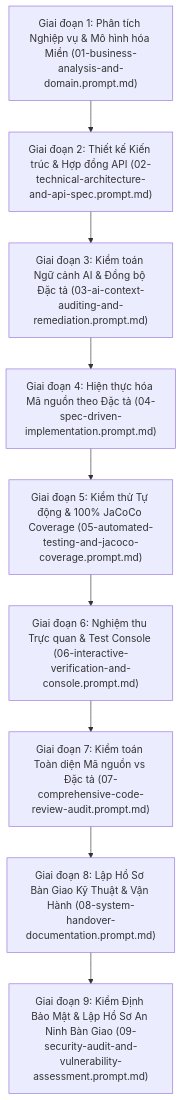
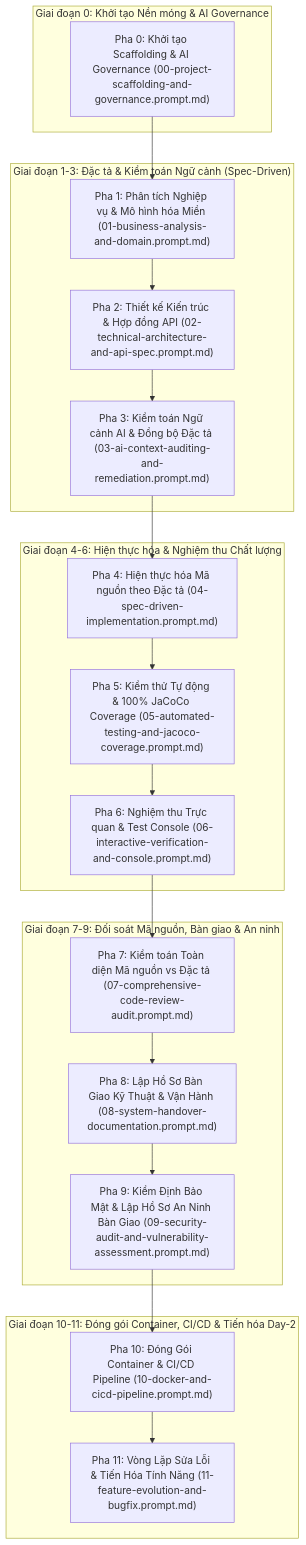
The diagram in docs/prompt/01-sdlc-playbook/00-MASTER-AI-NATIVE-SDLC-PLAYBOOK.md (duongbaphuc/ai-native-oms-api), drawn with Mermaid before and after one commit. The commit also changed other lines of this file and 4 other files, not shown here.

````diff
--- a/docs/prompt/01-sdlc-playbook/00-MASTER-AI-NATIVE-SDLC-PLAYBOOK.md
+++ b/docs/prompt/01-sdlc-playbook/00-MASTER-AI-NATIVE-SDLC-PLAYBOOK.md
@@ -9,11 +9,29 @@
 ```mermaid
 graph TD
-    P1["Giai đoạn 1: Phân tích Nghiệp vụ & Mô hình hóa Miền (01-business-analysis-and-domain.prompt.md)"] --> P2["Giai đoạn 2: Thiết kế Kiến trúc & Hợp đồng API (02-technical-architecture-and-api-spec.prompt.md)"]
-    P2 --> P3["Giai đoạn 3: Kiểm toán Ngữ cảnh AI & Đồng bộ Đặc tả (03-ai-context-auditing-and-remediation.prompt.md)"]
-    P3 --> P4["Giai đoạn 4: Hiện thực hóa Mã nguồn theo Đặc tả (04-spec-driven-implementation.prompt.md)"]
-    P4 --> P5["Giai đoạn 5: Kiểm thử Tự động & 100% JaCoCo Coverage (05-automated-testing-and-jacoco-coverage.prompt.md)"]
-    P5 --> P6["Giai đoạn 6: Nghiệm thu Trực quan & Test Console (06-interactive-verification-and-console.prompt.md)"]
-    P6 --> P7["Giai đoạn 7: Kiểm toán Toàn diện Mã nguồn vs Đặc tả (07-comprehensive-code-review-audit.prompt.md)"]
-    P7 --> P8["Giai đoạn 8: Lập Hồ Sơ Bàn Giao Kỹ Thuật & Vận Hành (08-system-handover-documentation.prompt.md)"]
-    P8 --> P9["Giai đoạn 9: Kiểm Định Bảo Mật & Lập Hồ Sơ An Ninh Bàn Giao (09-security-audit-and-vulnerability-assessment.prompt.md)"]
+    subgraph "Giai đoạn 0: Khởi tạo Nền móng & AI Governance"
+        P0["Pha 0: Khởi tạo Scaffolding & AI Governance (00-project-scaffolding-and-governance.prompt.md)"]
+    end
+
+    subgraph "Giai đoạn 1-3: Đặc tả & Kiểm toán Ngữ cảnh (Spec-Driven)"
+        P0 --> P1["Pha 1: Phân tích Nghiệp vụ & Mô hình hóa Miền (01-business-analysis-and-domain.prompt.md)"]
+        P1 --> P2["Pha 2: Thiết kế Kiến trúc & Hợp đồng API (02-technical-architecture-and-api-spec.prompt.md)"]
+        P2 --> P3["Pha 3: Kiểm toán Ngữ cảnh AI & Đồng bộ Đặc tả (03-ai-context-auditing-and-remediation.prompt.md)"]
+    end
+
+    subgraph "Giai đoạn 4-6: Hiện thực hóa & Nghiệm thu Chất lượng"
+        P3 --> P4["Pha 4: Hiện thực hóa Mã nguồn theo Đặc tả (04-spec-driven-implementation.prompt.md)"]
+        P4 --> P5["Pha 5: Kiểm thử Tự động & 100% JaCoCo Coverage (05-automated-testing-and-jacoco-coverage.prompt.md)"]
+        P5 --> P6["Pha 6: Nghiệm thu Trực quan & Test Console (06-interactive-verification-and-console.prompt.md)"]
+    end
+
+    subgraph "Giai đoạn 7-9: Đối soát Mã nguồn, Bàn giao & An ninh"
+        P6 --> P7["Pha 7: Kiểm toán Toàn diện Mã nguồn vs Đặc tả (07-comprehensive-code-review-audit.prompt.md)"]
+        P7 --> P8["Pha 8: Lập Hồ Sơ Bàn Giao Kỹ Thuật & Vận Hành (08-system-handover-documentation.prompt.md)"]
+        P8 --> P9["Pha 9: Kiểm Định Bảo Mật & Lập Hồ Sơ An Ninh Bàn Giao (09-security-audit-and-vulnerability-assessment.prompt.md)"]
+    end
+
+    subgraph "Giai đoạn 10-11: Đóng gói Container, CI/CD & Tiến hóa Day-2"
+        P9 --> P10["Pha 10: Đóng Gói Container & CI/CD Pipeline (10-docker-and-cicd-pipeline.prompt.md)"]
+        P10 --> P11["Pha 11: Vòng Lặp Sửa Lỗi & Tiến Hóa Tính Năng (11-feature-evolution-and-bugfix.prompt.md)"]
+    end
 ```
````
